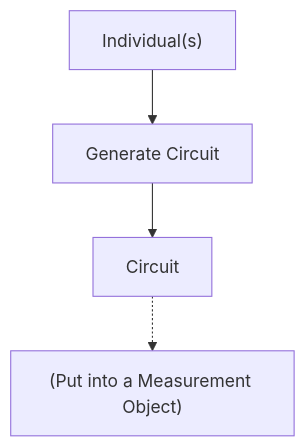
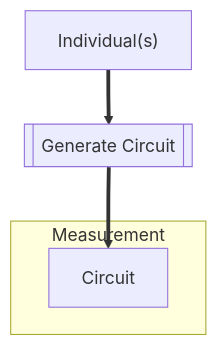
Diagram 14 of 22 in docs/sphinx/source/architecture/index.rst (evolvablehardware/BitstreamEvolution), drawn with Mermaid before and after one commit. The commit also changed other lines of this file and 5 other files, not shown here.

Commit message:
updated the Architectural description to finally translate it off of the images of slides.

```diff
--- a/docs/sphinx/source/architecture/index.rst
+++ b/docs/sphinx/source/architecture/index.rst
@@ -244,11 +353,11 @@
 .. mermaid::
 
    flowchart TD
        ind["Individual(s)"]
-       gen["Generate Circuit"]
+       gen[["Generate Circuit"]]
+       subgraph meas["Measurement"]
        circ["Circuit"]
-       note["(Put into a Measurement Object)"]
+       end
 
-       ind --> gen
-       gen --> circ
-       circ -.-> note
+       ind ==> gen
+       gen ==> circ
```
